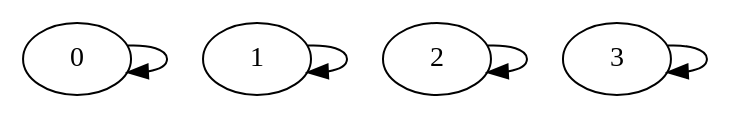
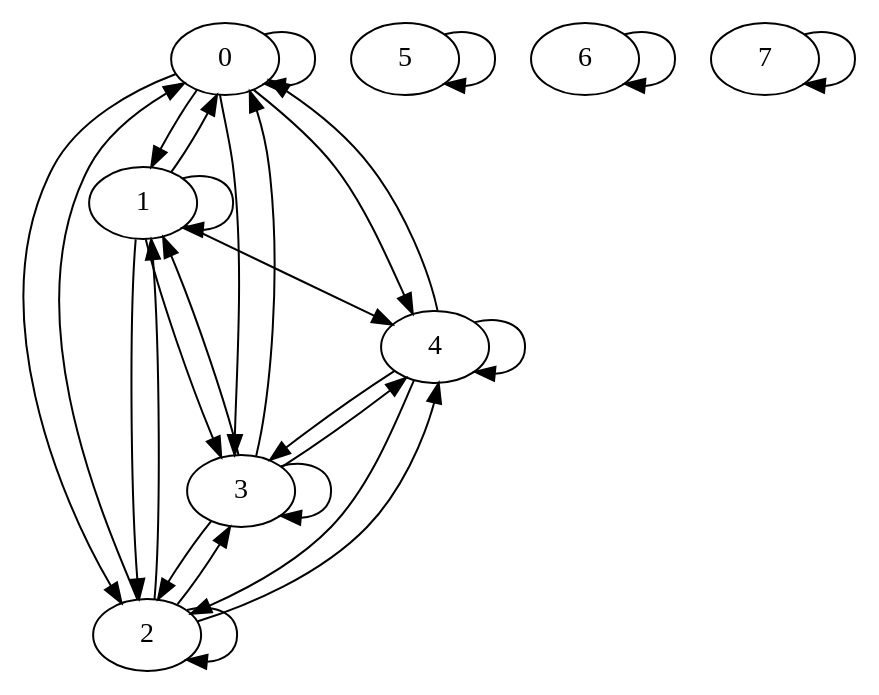
One commit to joako-baneado/MateComputacional changed the diagram in g.gv. Above: the diagram before and after it, drawn with Graphviz. The commit also changed 2 other files, not shown here.

```diff
--- a/g.gv
+++ b/g.gv
@@ -1,10 +1,37 @@
 digraph g {
 	0
 	1
 	2
 	3
+	4
+	5
+	6
+	7
 	0 -> 0
+	0 -> 1
+	0 -> 2
+	0 -> 3
+	0 -> 4
+	1 -> 0
 	1 -> 1
+	1 -> 2
+	1 -> 3
+	1 -> 4
+	2 -> 0
+	2 -> 1
 	2 -> 2
+	2 -> 3
+	2 -> 4
+	3 -> 0
+	3 -> 1
+	3 -> 2
 	3 -> 3
+	3 -> 4
+	4 -> 0
+	4 -> 2
+	4 -> 3
+	4 -> 4
+	5 -> 5
+	6 -> 6
+	7 -> 7
 }
```
